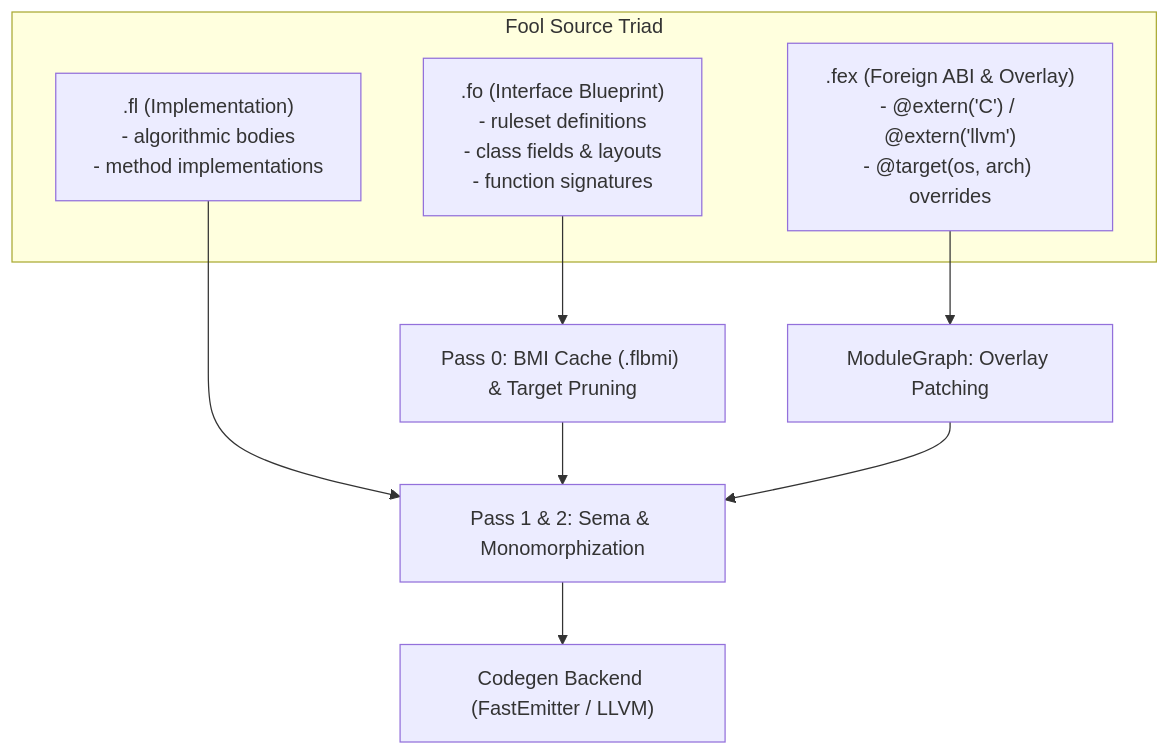
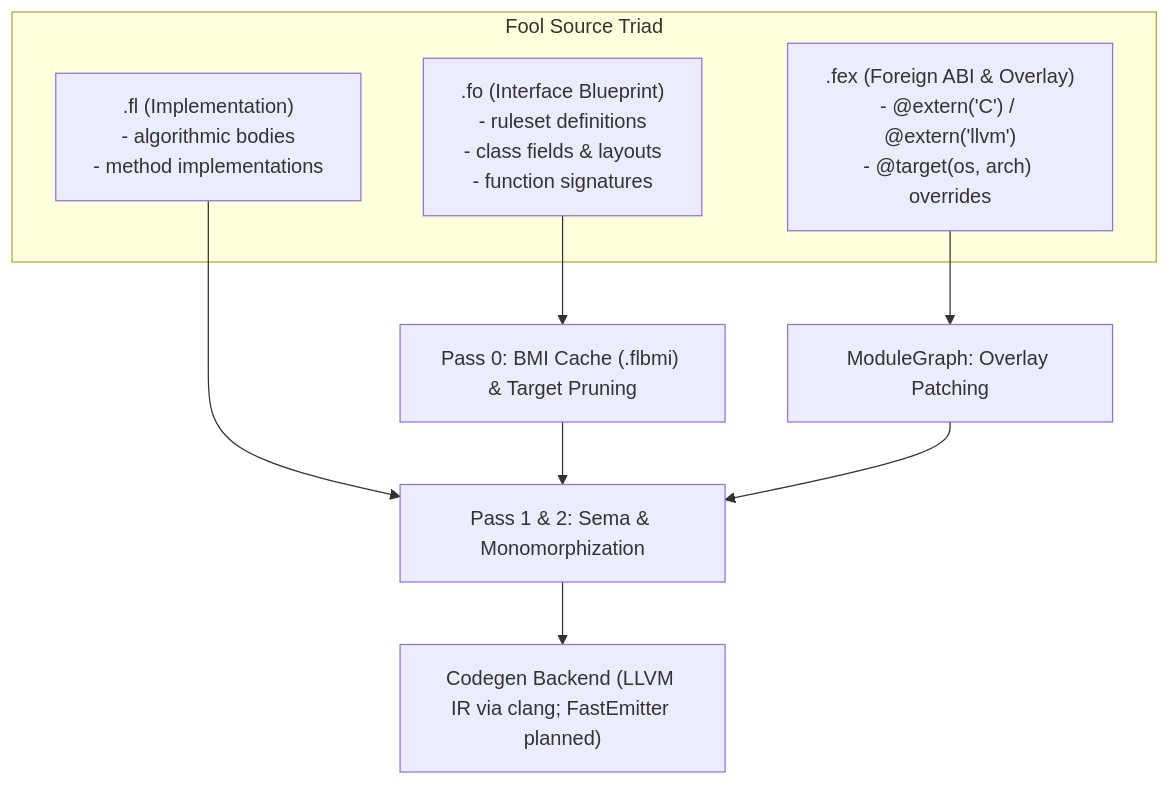
The diagram in README.md (Jyotipm05/fool-origin), drawn with Mermaid before and after one commit. The commit also changed other lines of this file and 18 other files, not shown here.

````diff
--- a/README.md
+++ b/README.md
@@ -53,15 +53,15 @@
 ```mermaid
 flowchart TD
     subgraph Fool Source Triad
         FO[".fo (Interface Blueprint)\n- ruleset definitions\n- class fields & layouts\n- function signatures"]
         FL[".fl (Implementation)\n- algorithmic bodies\n- method implementations"]
         FEX[".fex (Foreign ABI & Overlay)\n- @extern('C') / @extern('llvm')\n- @target(os, arch) overrides"]
     end
 
     FO --> BMICache["Pass 0: BMI Cache (.flbmi) & Target Pruning"]
     FL --> Sema["Pass 1 & 2: Sema & Monomorphization"]
     FEX --> Overlay["ModuleGraph: Overlay Patching"]
     BMICache --> Sema
     Overlay --> Sema
-    Sema --> Codegen["Codegen Backend (FastEmitter / LLVM)"]
+    Sema --> Codegen["Codegen Backend (LLVM IR via clang; FastEmitter planned)"]
 ```
````
